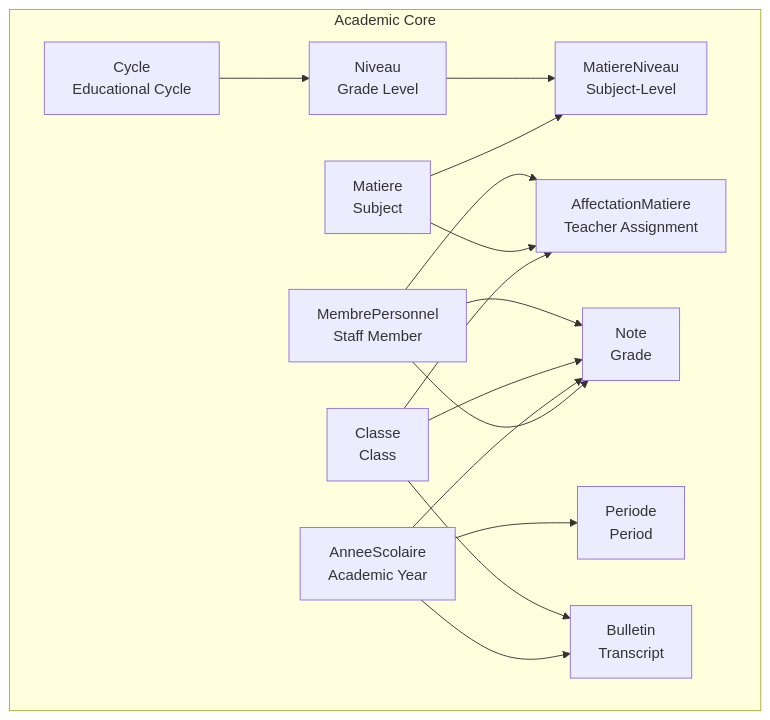
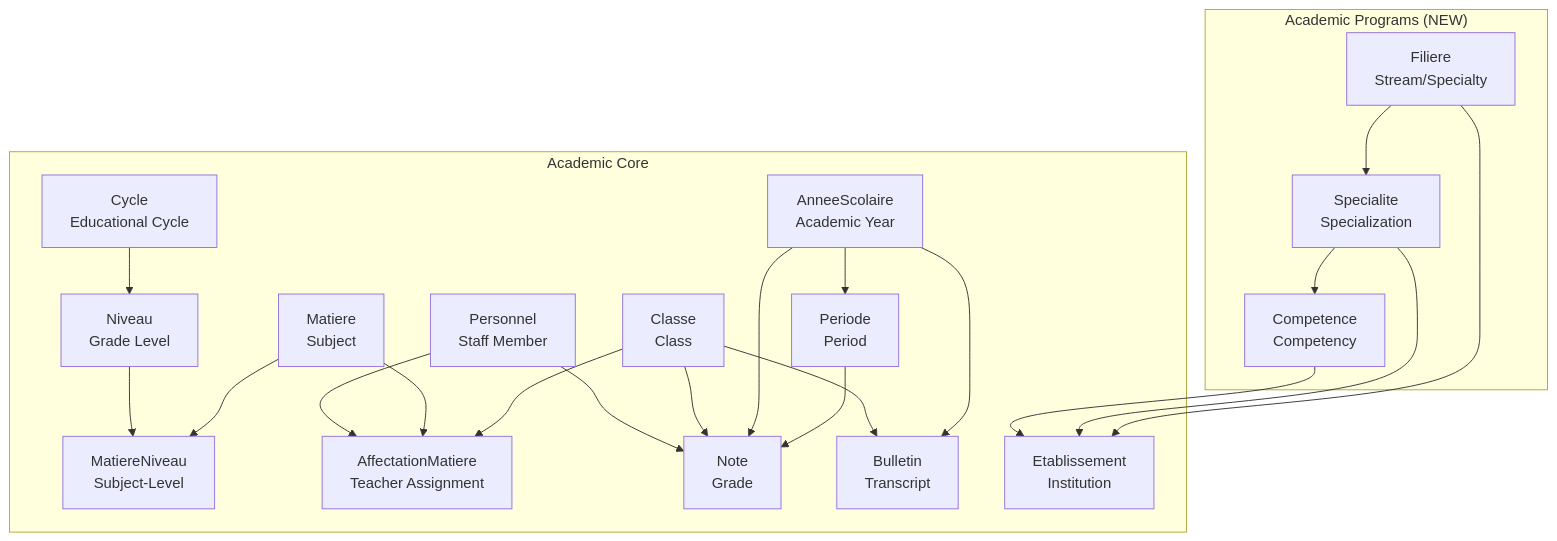
One commit to franckylab/eLISAschool changed the first of 6 diagrams in .qoder/repowiki/en/content/Database Schema & Data Model/Academic Entities.md. Above: the diagram before and after it, drawn with Mermaid. The commit also changed other lines of this file and 281 other files, not shown here.

````diff
--- a/.qoder/repowiki/en/content/Database Schema & Data Model/Academic Entities.md
+++ b/.qoder/repowiki/en/content/Database Schema & Data Model/Academic Entities.md
@@ -44,29 +66,40 @@
 ```mermaid
 graph TB
 subgraph "Academic Core"
 MAT["Matiere<br/>Subject"]
 MN["MatiereNiveau<br/>Subject-Level"]
 AM["AffectationMatiere<br/>Teacher Assignment"]
 CL["Classe<br/>Class"]
 NV["Niveau<br/>Grade Level"]
 CY["Cycle<br/>Educational Cycle"]
 AN["AnneeScolaire<br/>Academic Year"]
 PE["Periode<br/>Period"]
 NO["Note<br/>Grade"]
 BU["Bulletin<br/>Transcript"]
-PP["MembrePersonnel<br/>Staff Member"]
+PP["Personnel<br/>Staff Member"]
+ET["Etablissement<br/>Institution"]
+end
+subgraph "Academic Programs (NEW)"
+FL["Filiere<br/>Stream/Specialty"]
+SP["Specialite<br/>Specialization"]
+CO["Competence<br/>Competency"]
 end
 MAT --> MN
 NV --> MN
 CY --> NV
 CL --> AM
 MAT --> AM
-PP --> NO
+PP --> AM
+PE --> NO
 AN --> PE
 AN --> NO
 AN --> BU
 CL --> NO
 CL --> BU
-PP --> AM
 PP --> NO
+FL --> SP
+SP --> CO
+FL --> ET
+SP --> ET
+CO --> ET
 ```
````
